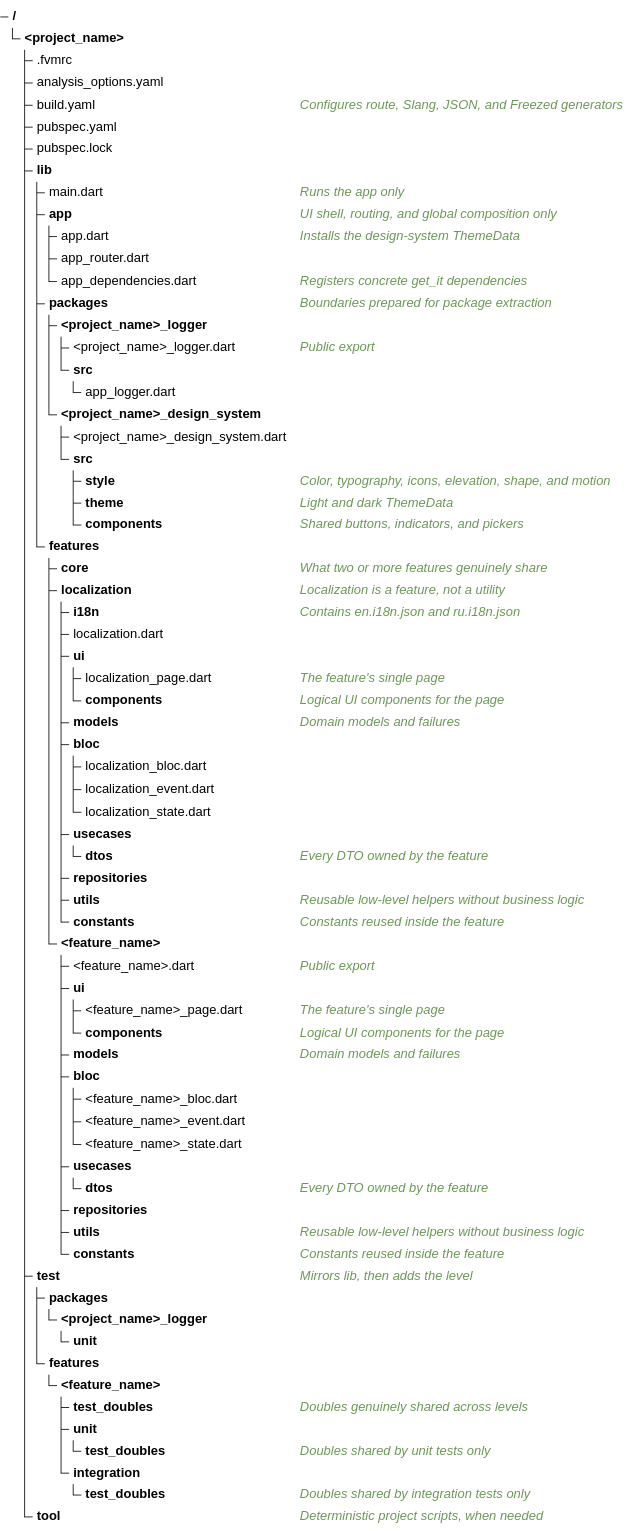
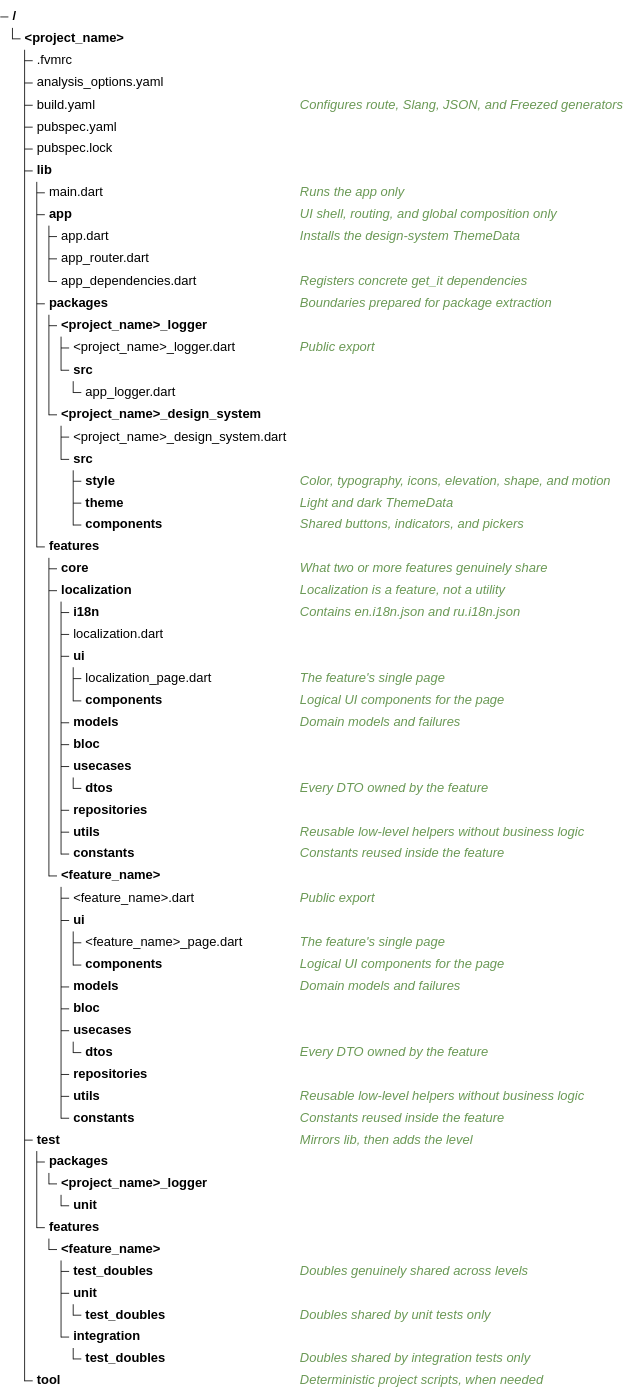
Before and after one commit to fam-tung-lam/ptlam-agent-plugin: the diagram in plugin/skills/ptlam-code-style-flutter/references/file-organization.md, drawn with Mermaid. The commit also changed other lines of this file and 57 other files, not shown here.

````diff
--- a/plugin/skills/ptlam-code-style-flutter/references/file-organization.md
+++ b/plugin/skills/ptlam-code-style-flutter/references/file-organization.md
@@ -9,71 +8,65 @@
 ```mermaid
 treeView-beta
     <project_name>/
         .fvmrc
         analysis_options.yaml
         build.yaml ## Configures route, Slang, JSON, and Freezed generators
         pubspec.yaml
         pubspec.lock
         lib/
             main.dart ## Runs the app only
             app/ ## UI shell, routing, and global composition only
                 app.dart ## Installs the design-system ThemeData
                 app_router.dart
                 app_dependencies.dart ## Registers concrete get_it dependencies
             packages/ ## Boundaries prepared for package extraction
                 <project_name>_logger/
                     <project_name>_logger.dart ## Public export
                     src/
                         app_logger.dart
                 <project_name>_design_system/
                     <project_name>_design_system.dart
                     src/
                         style/ ## Color, typography, icons, elevation, shape, and motion
                         theme/ ## Light and dark ThemeData
                         components/ ## Shared buttons, indicators, and pickers
             features/
                 core/ ## What two or more features genuinely share
                 localization/ ## Localization is a feature, not a utility
                     i18n/ ## Contains en.i18n.json and ru.i18n.json
                     localization.dart
                     ui/
                         localization_page.dart ## The feature's single page
                         components/ ## Logical UI components for the page
                     models/ ## Domain models and failures
                     bloc/
-                        localization_bloc.dart
-                        localization_event.dart
-                        localization_state.dart
                     usecases/
                         dtos/ ## Every DTO owned by the feature
                     repositories/
                     utils/ ## Reusable low-level helpers without business logic
                     constants/ ## Constants reused inside the feature
                 <feature_name>/
                     <feature_name>.dart ## Public export
                     ui/
                         <feature_name>_page.dart ## The feature's single page
                         components/ ## Logical UI components for the page
                     models/ ## Domain models and failures
                     bloc/
-                        <feature_name>_bloc.dart
-                        <feature_name>_event.dart
-                        <feature_name>_state.dart
                     usecases/
                         dtos/ ## Every DTO owned by the feature
                     repositories/
                     utils/ ## Reusable low-level helpers without business logic
                     constants/ ## Constants reused inside the feature
         test/ ## Mirrors lib, then adds the level
             packages/
                 <project_name>_logger/
                     unit/
             features/
                 <feature_name>/
                     test_doubles/ ## Doubles genuinely shared across levels
                     unit/
                         test_doubles/ ## Doubles shared by unit tests only
                     integration/
                         test_doubles/ ## Doubles shared by integration tests only
         tool/ ## Deterministic project scripts, when needed
 ```
````
